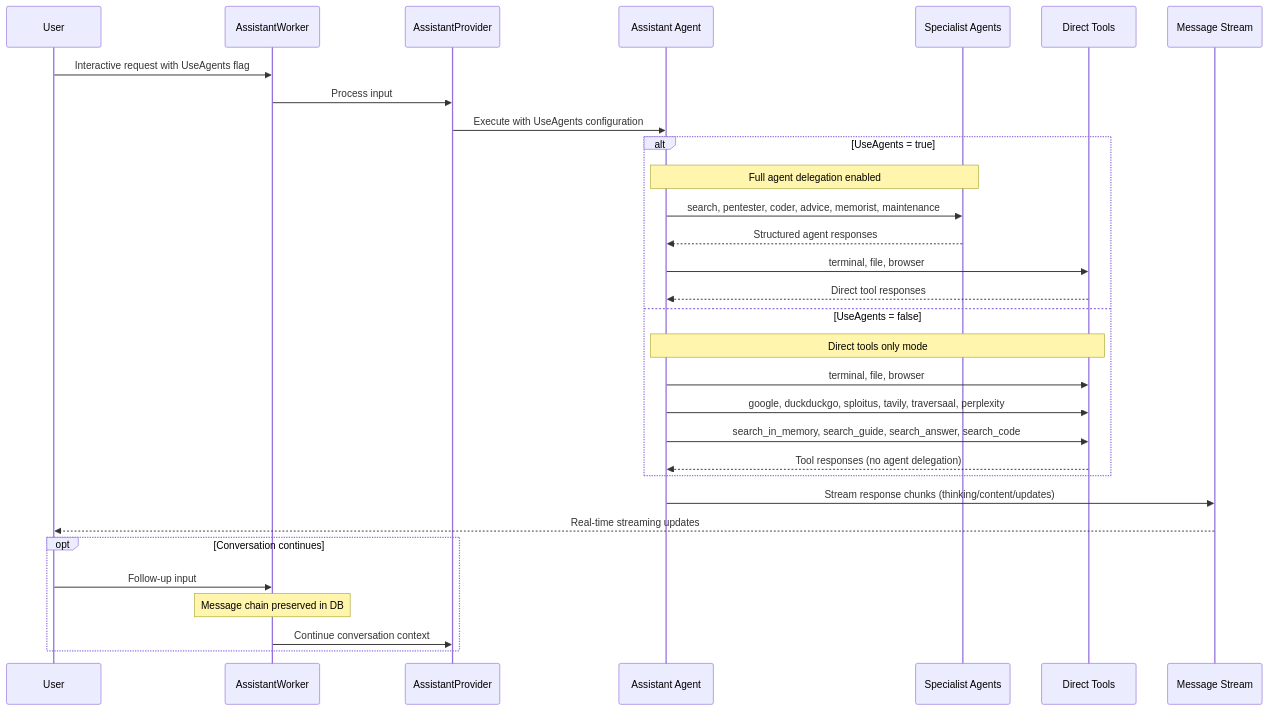
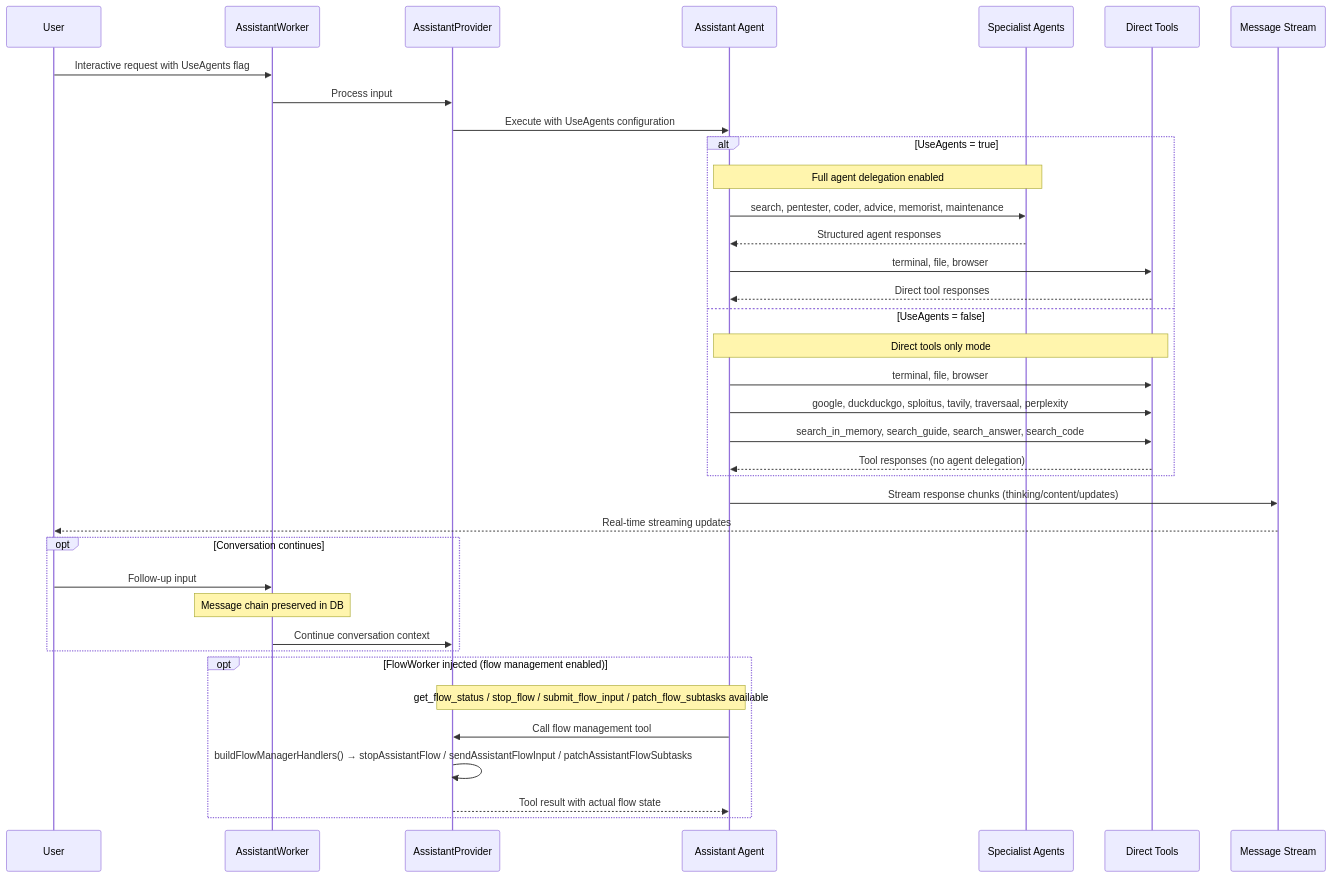
The third of 10 diagrams in backend/docs/flow_execution.md (vxcontrol/pentagi), drawn with Mermaid before and after one commit. The commit also changed other lines of this file and 20 other files, not shown here.

First line of the commit message:
feat: add assistant flow management tools and summarizer cache

````diff
--- a/backend/docs/flow_execution.md
+++ b/backend/docs/flow_execution.md
@@ -277,37 +283,44 @@
 ```mermaid
 sequenceDiagram
     participant U as User
     participant AW as AssistantWorker
     participant AP as AssistantProvider
     participant AA as Assistant Agent
     participant Specialists as Specialist Agents
     participant DirectTools as Direct Tools
     participant Stream as Message Stream
     
     U->>AW: Interactive request with UseAgents flag
     AW->>AP: Process input
     AP->>AA: Execute with UseAgents configuration
     
     alt UseAgents = true
         Note over AA,Specialists: Full agent delegation enabled
         AA->>Specialists: search, pentester, coder, advice, memorist, maintenance
         Specialists-->>AA: Structured agent responses
         AA->>DirectTools: terminal, file, browser
         DirectTools-->>AA: Direct tool responses
     else UseAgents = false
         Note over AA,DirectTools: Direct tools only mode  
         AA->>DirectTools: terminal, file, browser
         AA->>DirectTools: google, duckduckgo, sploitus, tavily, traversaal, perplexity
         AA->>DirectTools: search_in_memory, search_guide, search_answer, search_code
         DirectTools-->>AA: Tool responses (no agent delegation)
     end
     
     AA->>Stream: Stream response chunks (thinking/content/updates)
     Stream-->>U: Real-time streaming updates
     
     opt Conversation continues
         U->>AW: Follow-up input
         Note over AW: Message chain preserved in DB
         AW->>AP: Continue conversation context
     end
+    
+    opt FlowWorker injected (flow management enabled)
+        Note over AP,AA: get_flow_status / stop_flow / submit_flow_input / patch_flow_subtasks available
+        AA->>AP: Call flow management tool
+        AP->>AP: buildFlowManagerHandlers() → stopAssistantFlow / sendAssistantFlowInput / patchAssistantFlowSubtasks
+        AP-->>AA: Tool result with actual flow state
+    end
 ```
````
